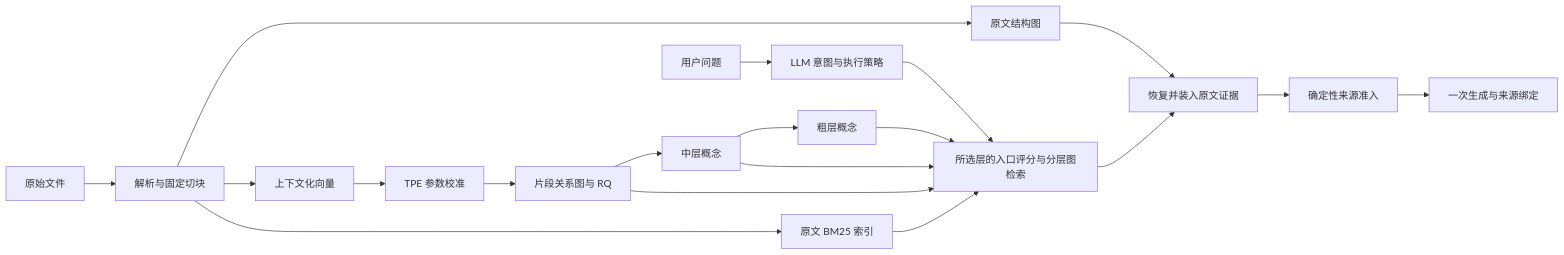
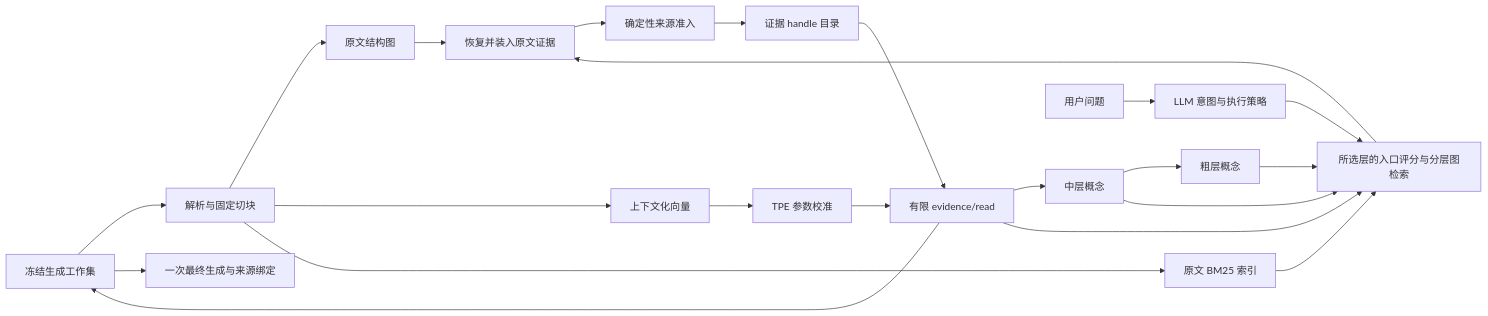
Before and after one commit to Sggggt/SymboGraph: the first of 3 diagrams in docs/technical-spec.md, drawn with Mermaid. The commit also changed other lines of this file and 35 other files, not shown here.

````diff
--- a/docs/technical-spec.md
+++ b/docs/technical-spec.md
@@ -32,21 +32,24 @@
 ```mermaid
 flowchart LR
     F[原始文件] --> P[解析与固定切块]
     P --> S[原文结构图]
     P --> V[上下文化向量]
     V --> T[TPE 参数校准]
     T --> R[片段关系图与 RQ]
     R --> M[中层概念]
     M --> C[粗层概念]
     P --> B[原文 BM25 索引]
     U[用户问题] --> I[LLM 意图与执行策略]
     I --> Q[所选层的入口评分与分层图检索]
     C --> Q
     M --> Q
     R --> Q
     B --> Q
     S --> E[恢复并装入原文证据]
     Q --> E
     E --> G[确定性来源准入]
-    G --> A[一次生成与来源绑定]
+    G --> D[证据 handle 目录]
+    D --> R[有限 evidence/read]
+    R --> F[冻结生成工作集]
+    F --> A[一次最终生成与来源绑定]
 ```
````
